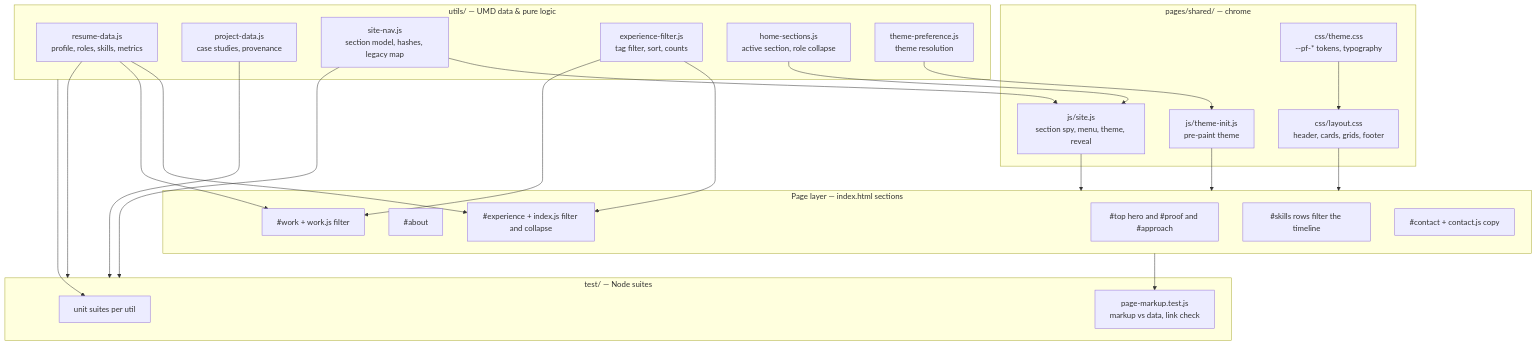
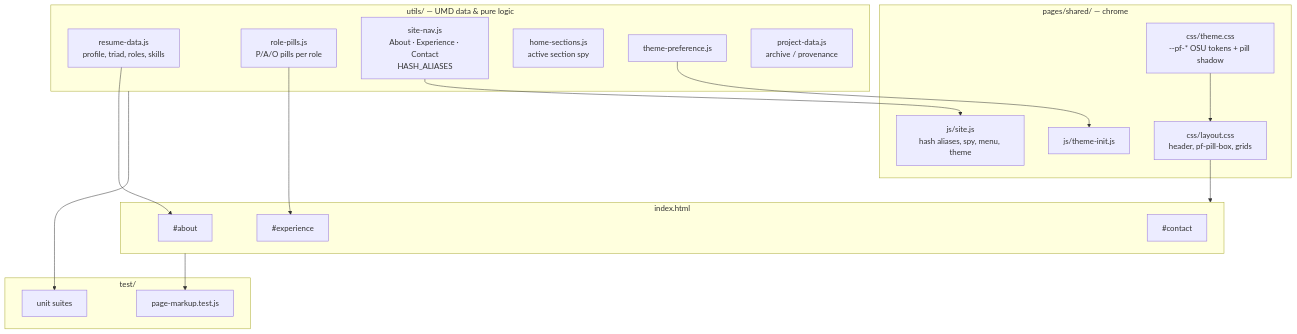
Before and after one commit to Jamieatucker/portfolio: the first of 2 diagrams in docs/architecture.md, drawn with Mermaid. The commit also changed other lines of this file and 14 other files, not shown here.

````diff
--- a/docs/architecture.md
+++ b/docs/architecture.md
@@ -23,49 +20,37 @@
 ```mermaid
 flowchart TD
     subgraph Data["utils/ — UMD data & pure logic"]
-        RD[resume-data.js<br/>profile, roles, skills, metrics]
-        PD[project-data.js<br/>case studies, provenance]
-        SN[site-nav.js<br/>section model, hashes, legacy map]
-        EF[experience-filter.js<br/>tag filter, sort, counts]
-        HSX[home-sections.js<br/>active section, role collapse]
-        TP[theme-preference.js<br/>theme resolution]
+        RD[resume-data.js<br/>profile, triad, roles, skills]
+        RP[role-pills.js<br/>P/A/O pills per role]
+        SN[site-nav.js<br/>About · Experience · Contact<br/>HASH_ALIASES]
+        HSX[home-sections.js<br/>active section spy]
+        TP[theme-preference.js]
+        PD[project-data.js<br/>archive / provenance]
     end
 
     subgraph Shared["pages/shared/ — chrome"]
-        TH[css/theme.css<br/>--pf-* tokens, typography]
-        LO[css/layout.css<br/>header, cards, grids, footer]
-        TI[js/theme-init.js<br/>pre-paint theme]
-        ST[js/site.js<br/>section spy, menu, theme, reveal]
+        TH[css/theme.css<br/>--pf-* OSU tokens + pill shadow]
+        LO[css/layout.css<br/>header, pf-pill-box, grids]
+        TI[js/theme-init.js]
+        ST[js/site.js<br/>hash aliases, spy, menu, theme]
     end
 
-    subgraph Pages["Page layer — index.html sections"]
-        HOME[#top hero and #proof and #approach]
-        ABOUT[#about]
-        PROJ[#work + work.js filter]
-        EXPS[#experience + index.js filter and collapse]
-        SKILL[#skills rows filter the timeline]
-        CONTACT[#contact + contact.js copy]
+    subgraph Pages["index.html"]
+        ABOUT["#about"]
+        EXP["#experience"]
+        CONTACT["#contact"]
     end
 
-    subgraph Verify["test/ — Node suites"]
-        UT[unit suites per util]
-        MK[page-markup.test.js<br/>markup vs data, link check]
+    subgraph Verify["test/"]
+        UT[unit suites]
+        MK[page-markup.test.js]
     end
 
     TP --> TI
     SN --> ST
-    TH --> LO
-    LO --> Pages
-    TI --> Pages
-    ST --> Pages
-    RD --> EXPS
-    RD --> PROJ
-    EF --> EXPS
-    EF --> PROJ
-    HSX --> ST
-    PD --> Verify
-    RD --> Verify
-    SN --> Verify
+    TH --> LO --> Pages
+    RD --> ABOUT
+    RP --> EXP
     Pages --> MK
     Data --> UT
 ```
````
